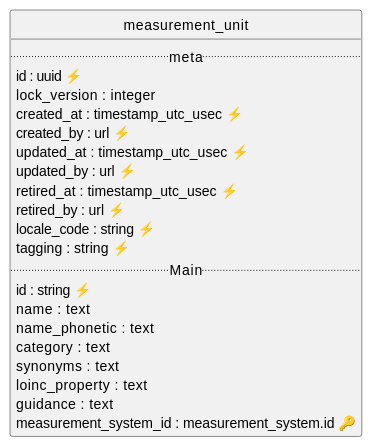
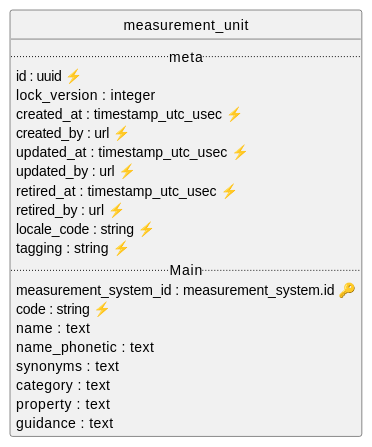
The diagram in api/measurement_unit/uml/uml.plantuml (contactopensource/contactopensource), drawn with PlantUML before and after one commit. The commit also changed 12 other files, not shown here.

```diff
--- a/api/measurement_unit/uml/uml.plantuml
+++ b/api/measurement_unit/uml/uml.plantuml
@@ -1,29 +1,29 @@
 @startuml uml
 skinparam monochrome true
 skinparam linetype ortho
 hide circle
 
 entity measurement_unit {
   .. meta ..
   id : uuid ⚡
   lock_version : integer
   created_at : timestamp_utc_usec ⚡
   created_by : url ⚡
   updated_at : timestamp_utc_usec ⚡
   updated_by : url ⚡
   retired_at : timestamp_utc_usec ⚡
   retired_by : url ⚡
   locale_code : string ⚡
   tagging : string ⚡
   .. Main ..
-  id : string ⚡
+  measurement_system_id : measurement_system.id 🔑
+  code : string ⚡
   name : text
   name_phonetic : text
+  synonyms : text
   category : text
-  synonyms : text
-  loinc_property : text
+  property : text
   guidance : text
-  measurement_system_id : measurement_system.id 🔑
 }
 
 @enduml
```
